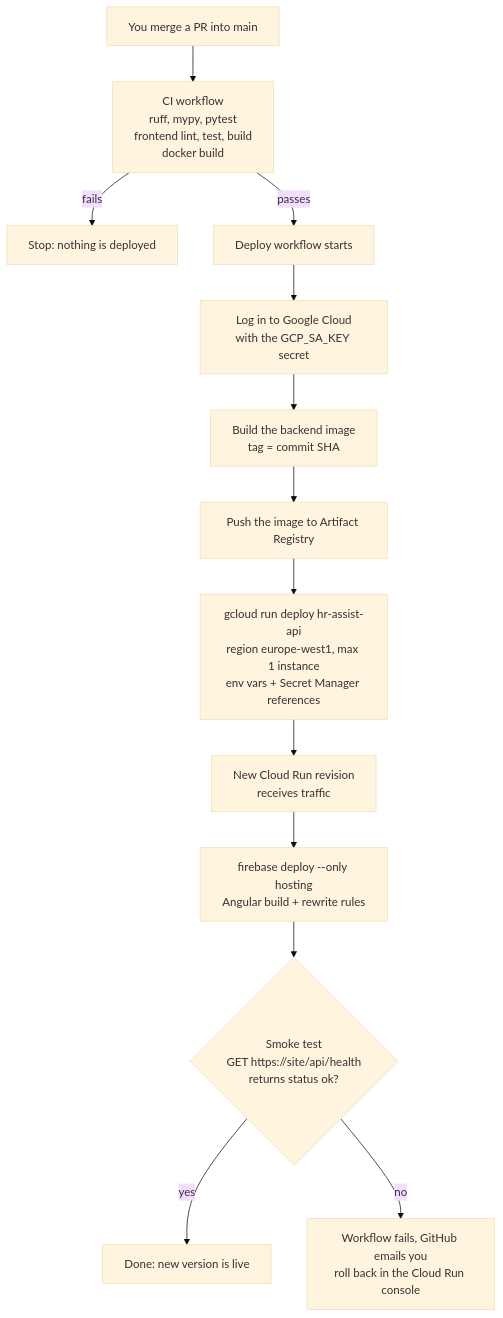
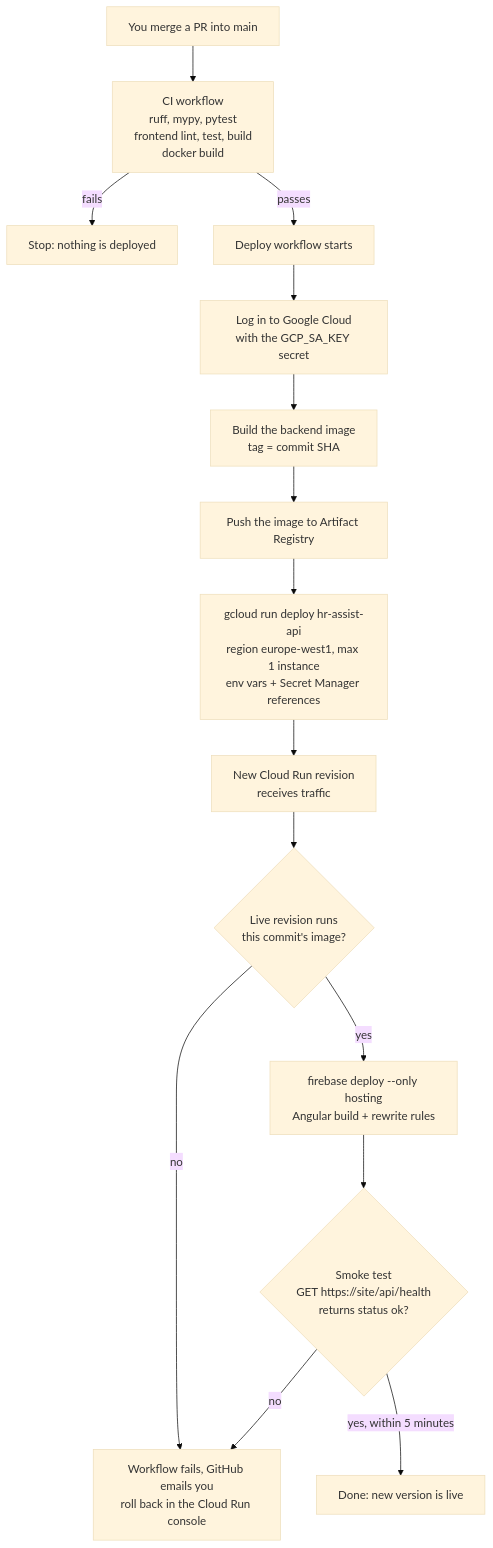
One commit to NaveenManjappa/hr-assist changed the third of 6 diagrams in docs/deployment.md. Above: the diagram before and after it, drawn with Mermaid (base theme). The commit also changed other lines of this file and 9 other files, not shown here.

First line of the commit message:
Deploy every green merge to main to Cloud Run and Firebase Hosting

````diff
--- a/docs/deployment.md
+++ b/docs/deployment.md
@@ -131,15 +131,17 @@
 ```mermaid
 flowchart TD
     A[You merge a PR into main] --> B[CI workflow<br/>ruff, mypy, pytest<br/>frontend lint, test, build<br/>docker build]
     B -- fails --> X[Stop: nothing is deployed]
     B -- passes --> D[Deploy workflow starts]
     D --> E[Log in to Google Cloud<br/>with the GCP_SA_KEY secret]
     E --> F[Build the backend image<br/>tag = commit SHA]
     F --> G[Push the image to Artifact Registry]
     G --> H["gcloud run deploy hr-assist-api<br/>region europe-west1, max 1 instance<br/>env vars + Secret Manager references"]
     H --> I[New Cloud Run revision<br/>receives traffic]
-    I --> J["firebase deploy --only hosting<br/>Angular build + rewrite rules"]
+    I --> I2{"Live revision runs<br/>this commit's image?"}
+    I2 -- no --> M
+    I2 -- yes --> J["firebase deploy --only hosting<br/>Angular build + rewrite rules"]
     J --> K{"Smoke test<br/>GET https://site/api/health<br/>returns status ok?"}
-    K -- yes --> L[Done: new version is live]
+    K -- "yes, within 5 minutes" --> L[Done: new version is live]
     K -- no --> M[Workflow fails, GitHub emails you<br/>roll back in the Cloud Run console]
 ```
````
